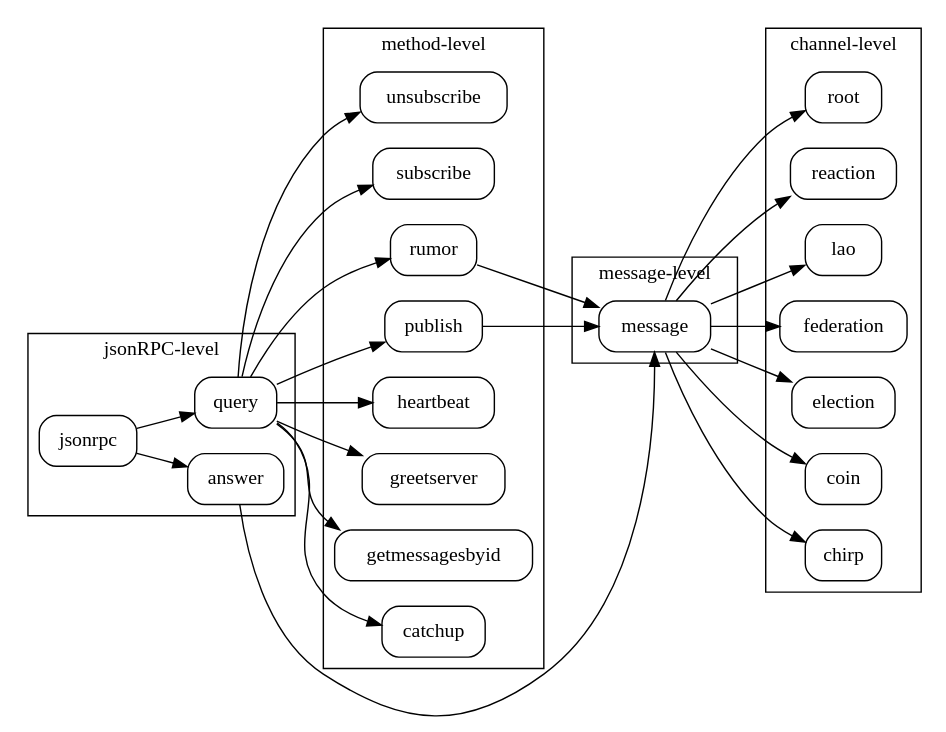
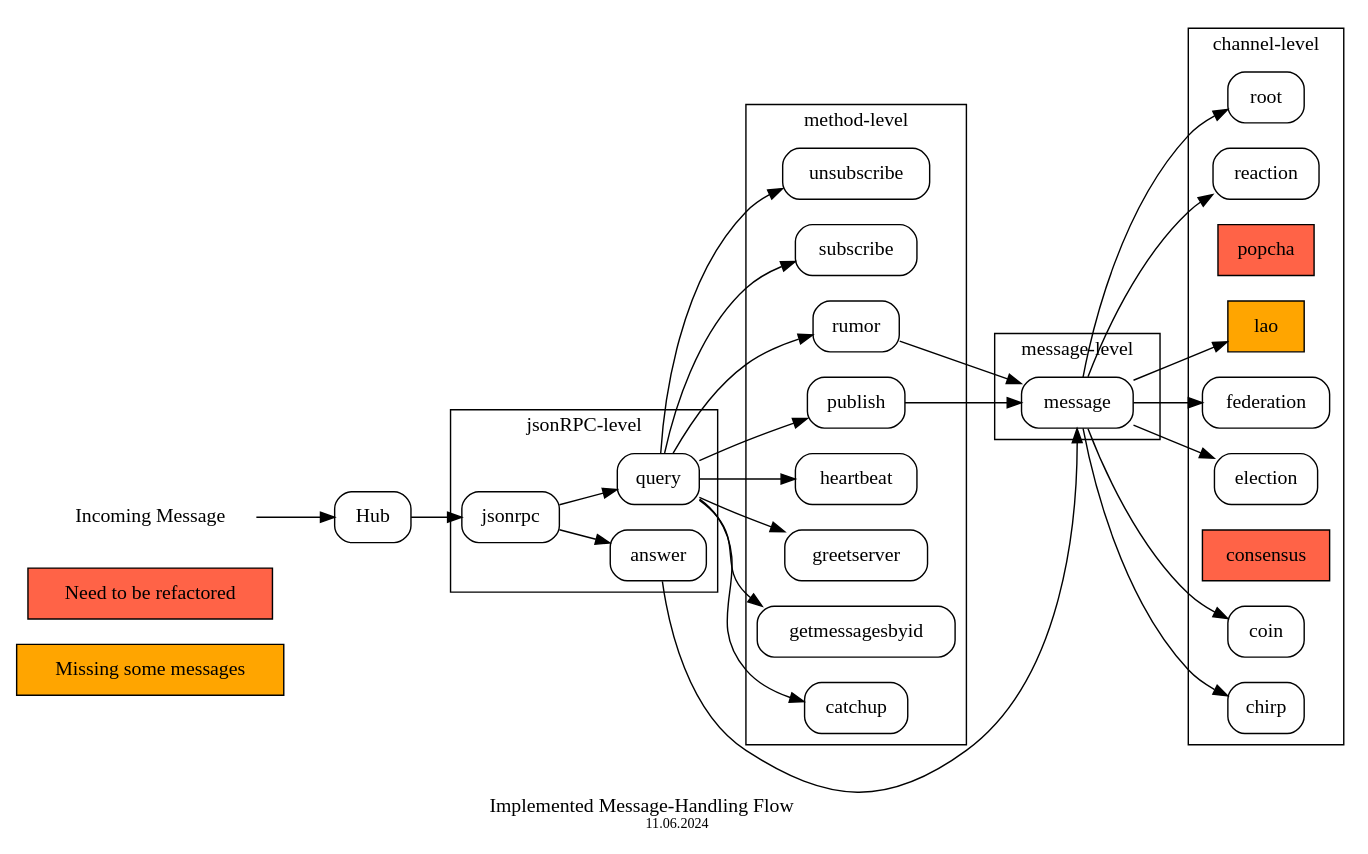
The diagram in be1-go/docs/images/handler/handler_build.dot (dedis/popstellar), drawn with Graphviz before and after one commit. The commit also changed 1 other file, not shown here.

Commit message:
update new flow diagram

```diff
--- a/be1-go/docs/images/handler/handler_build.dot
+++ b/be1-go/docs/images/handler/handler_build.dot
@@ -1,77 +1,88 @@
 strict digraph {
 //labelloc="t";
-//label = <Modules dependencies of popstellar <font point-size='10'><br/>(generated 6 Jun 24 - 15:21:17)</font>>;
+label = <Implemented Message-Handling Flow <font point-size='10'><br/>11.06.2024</font>>;
 //graph [fontname = "helvetica"];
 //graph [fontname = "helvetica"];
 //node [fontname = "helvetica"];
 //edge [fontname = "helvetica"];
 node [shape=box,style=rounded];
 start=0;
 ratio = fill;
 rankdir="LR";
+
+"Missing some messages"[ fillcolor=orange, style=filled];
+"Need to be refactored"[ fillcolor=tomato, style=filled];
+
+"Incoming Message"[ shape=plaintext];
+
+"Incoming Message"  -> "Hub";
+
+"Hub" -> "jsonrpc";
 
 subgraph cluster_jsonrpc{
 node [shape=box,style=rounded];
 label = "jsonRPC-level";
 "jsonrpc";
 "query";
 "answer";
 }
 
 subgraph cluster_method{
 node [shape=box,style=rounded];
 label = "method-level";
 "unsubscribe";
 "subscribe";
 "rumor";
 "publish";
 "heartbeat";
 "greetserver";
 "getmessagesbyid";
 "catchup";
 }
 
 subgraph cluster_message{
 node [shape=box,style=rounded];
 label = "message-level";
 "message";
 }
 
 subgraph cluster_channel{
 node [shape=box,style=rounded];
 label = "channel-level";
 "root";
 "reaction";
-"lao";
+"popcha"[ fillcolor=tomato, style=filled];
+"lao"[ fillcolor=orange, style=filled];
 "federation";
 "election";
+"consensus"[ fillcolor="tomato" style=filled];
 "coin";
 "chirp";
 }
 
 "jsonrpc" -> "query";
 "jsonrpc" -> "answer";
 
 "query" -> "catchup";
 "query" -> "getmessagesbyid";
 "query" -> "greetserver";
 "query" -> "heartbeat";
 "query" -> "publish";
 "query" -> "rumor";
 "query" -> "subscribe";
 "query" -> "unsubscribe";
 
 "publish" -> "message";
 "rumor" -> "message";
 "answer" -> "message";
 
 "message" -> "chirp";
 "message" -> "coin";
 "message" -> "election";
 "message" -> "federation";
 "message" -> "lao";
 "message" -> "reaction";
 "message" -> "root";
 
 
 }
```
